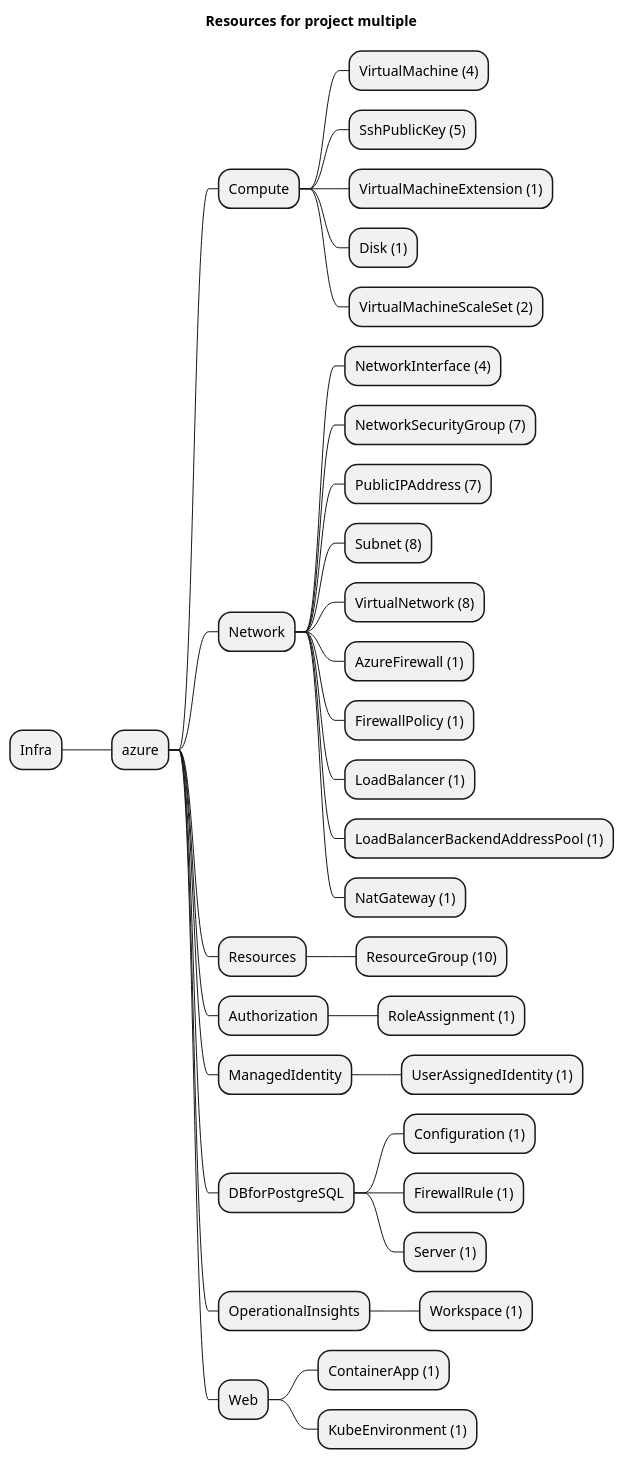
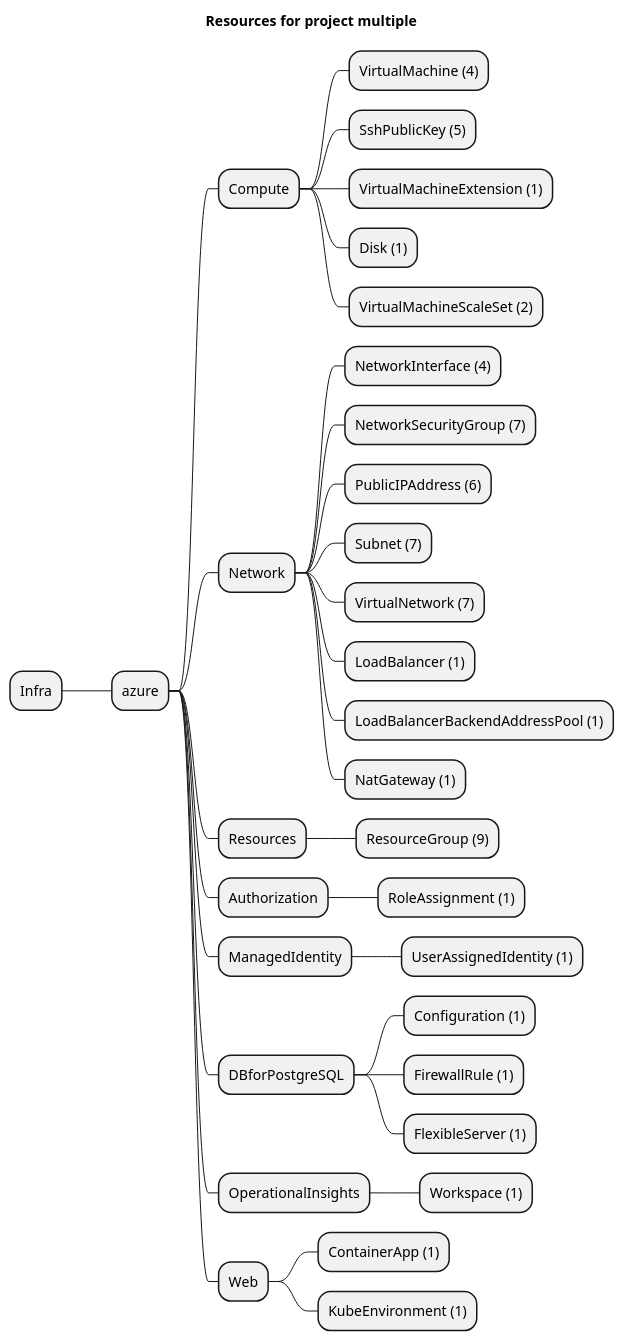
One commit to grucloud/grucloud changed the diagram in examples/azure/multiple/artifacts/resources-mindmap.puml. Above: the diagram before and after it, drawn with PlantUML. The commit also changed 31 other files, not shown here.

Commit message:
Server => FlexibleServer, axio get retryCall

```diff
--- a/examples/azure/multiple/artifacts/resources-mindmap.puml
+++ b/examples/azure/multiple/artifacts/resources-mindmap.puml
@@ -1,38 +1,36 @@
 @startmindmap
 title Resources for project multiple
 skinparam monochrome true
 + Infra
 ++ azure
 +++ Compute
 ++++ VirtualMachine (4)
 ++++ SshPublicKey (5)
 ++++ VirtualMachineExtension (1)
 ++++ Disk (1)
 ++++ VirtualMachineScaleSet (2)
 +++ Network
 ++++ NetworkInterface (4)
 ++++ NetworkSecurityGroup (7)
-++++ PublicIPAddress (7)
-++++ Subnet (8)
-++++ VirtualNetwork (8)
-++++ AzureFirewall (1)
-++++ FirewallPolicy (1)
+++++ PublicIPAddress (6)
+++++ Subnet (7)
+++++ VirtualNetwork (7)
 ++++ LoadBalancer (1)
 ++++ LoadBalancerBackendAddressPool (1)
 ++++ NatGateway (1)
 +++ Resources
-++++ ResourceGroup (10)
+++++ ResourceGroup (9)
 +++ Authorization
 ++++ RoleAssignment (1)
 +++ ManagedIdentity
 ++++ UserAssignedIdentity (1)
 +++ DBforPostgreSQL
 ++++ Configuration (1)
 ++++ FirewallRule (1)
-++++ Server (1)
+++++ FlexibleServer (1)
 +++ OperationalInsights
 ++++ Workspace (1)
 +++ Web
 ++++ ContainerApp (1)
 ++++ KubeEnvironment (1)
 @endmindmap
```
